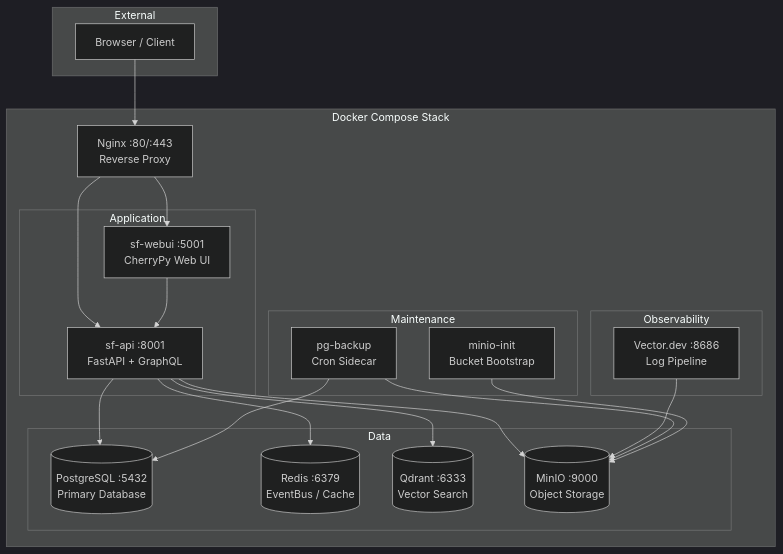
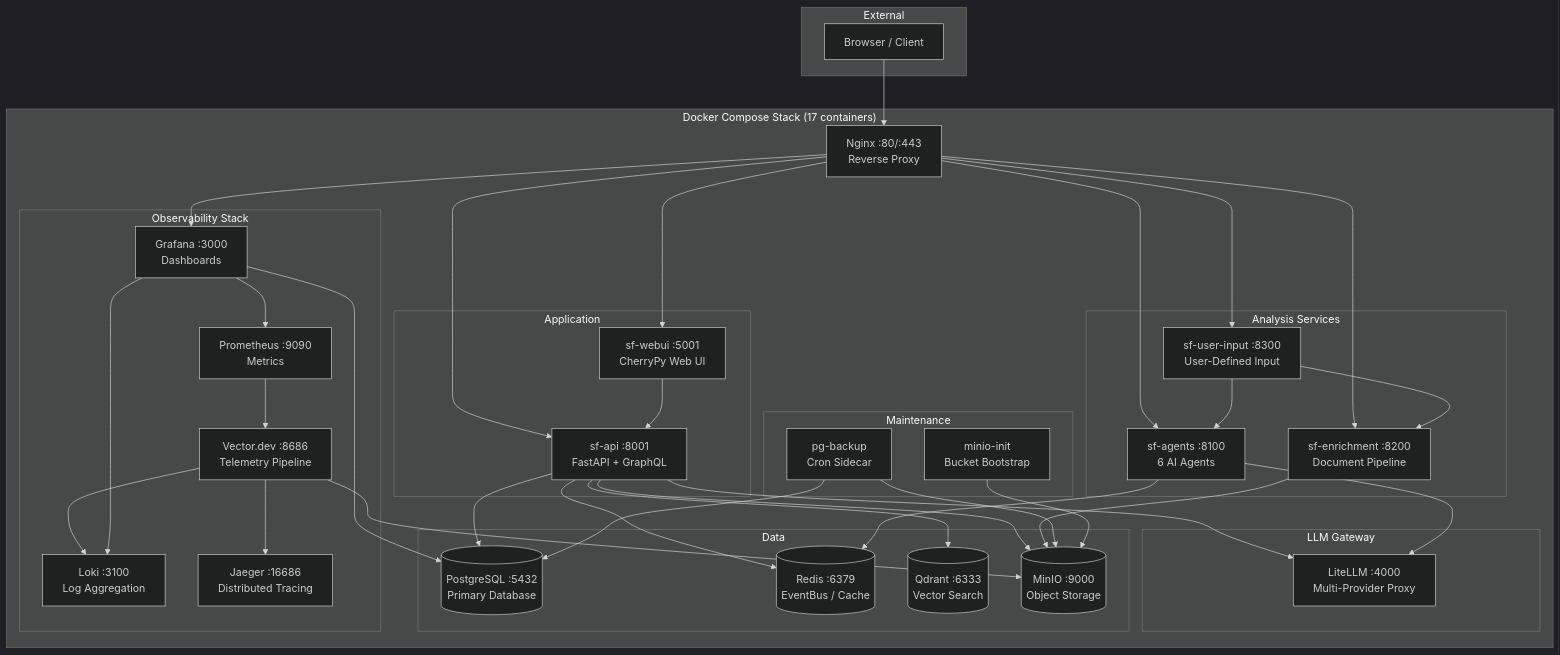
The diagram in README.md (poppopjmp/spiderfoot), drawn with Mermaid (dark theme) before and after one commit. The commit also changed other lines of this file and 2 other files, not shown here.

First line of the commit message:
docs: update README, ARCHITECTURE, CHANGELOG for v5.3.3 infrastructure integration

````diff
--- a/README.md
+++ b/README.md
@@ -42,44 +47,74 @@
 ```mermaid
 graph TB
     subgraph External
         Browser[Browser / Client]
     end
 
-    subgraph Docker["Docker Compose Stack"]
+    subgraph Docker["Docker Compose Stack (17 containers)"]
         NGINX[Nginx :80/:443<br/>Reverse Proxy]
 
         subgraph Application
             API[sf-api :8001<br/>FastAPI + GraphQL]
             WEBUI[sf-webui :5001<br/>CherryPy Web UI]
+        end
+
+        subgraph Analysis["Analysis Services"]
+            AGENTS[sf-agents :8100<br/>6 AI Agents]
+            ENRICHMENT[sf-enrichment :8200<br/>Document Pipeline]
+            USERINPUT[sf-user-input :8300<br/>User-Defined Input]
+        end
+
+        subgraph LLM["LLM Gateway"]
+            LITELLM[LiteLLM :4000<br/>Multi-Provider Proxy]
         end
 
         subgraph Data
             PG[(PostgreSQL :5432<br/>Primary Database)]
             REDIS[(Redis :6379<br/>EventBus / Cache)]
             QDRANT[(Qdrant :6333<br/>Vector Search)]
             MINIO[(MinIO :9000<br/>Object Storage)]
         end
 
-        subgraph Observability
-            VECTOR[Vector.dev :8686<br/>Log Pipeline]
+        subgraph Observability["Observability Stack"]
+            VECTOR[Vector.dev :8686<br/>Telemetry Pipeline]
+            LOKI[Loki :3100<br/>Log Aggregation]
+            GRAFANA[Grafana :3000<br/>Dashboards]
+            PROMETHEUS[Prometheus :9090<br/>Metrics]
+            JAEGER[Jaeger :16686<br/>Distributed Tracing]
         end
 
         subgraph Maintenance
             PGBACKUP[pg-backup<br/>Cron Sidecar]
             MINIOINIT[minio-init<br/>Bucket Bootstrap]
         end
     end
 
     Browser --> NGINX
     NGINX --> API
     NGINX --> WEBUI
+    NGINX --> AGENTS
+    NGINX --> ENRICHMENT
+    NGINX --> USERINPUT
+    NGINX --> GRAFANA
     WEBUI --> API
     API --> PG
     API --> REDIS
     API --> QDRANT
     API --> MINIO
+    API --> LITELLM
+    AGENTS --> LITELLM
+    AGENTS --> REDIS
+    USERINPUT --> ENRICHMENT
+    USERINPUT --> AGENTS
+    ENRICHMENT --> MINIO
+    VECTOR --> LOKI
     VECTOR --> MINIO
+    VECTOR --> JAEGER
+    PROMETHEUS --> VECTOR
+    GRAFANA --> LOKI
+    GRAFANA --> PROMETHEUS
+    GRAFANA --> PG
     PGBACKUP --> PG
     PGBACKUP --> MINIO
     MINIOINIT --> MINIO
 ```
````
